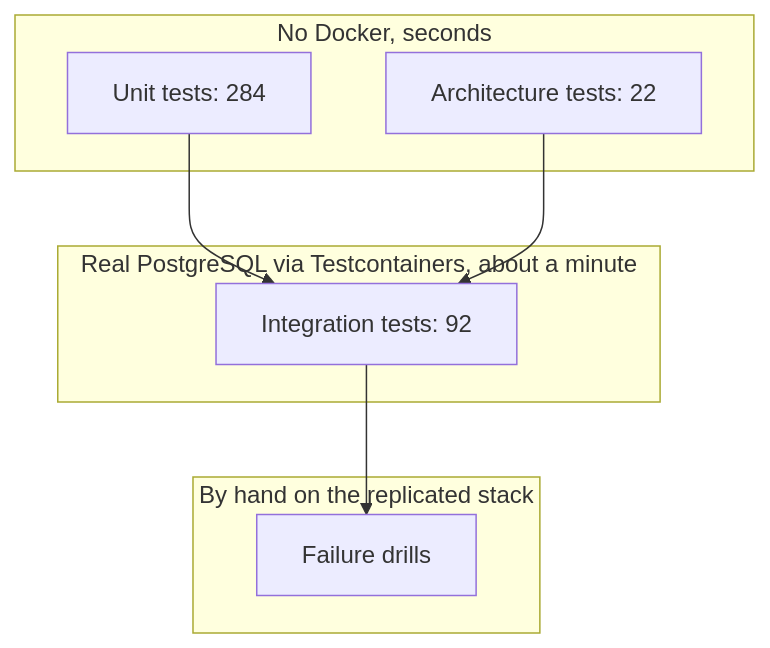
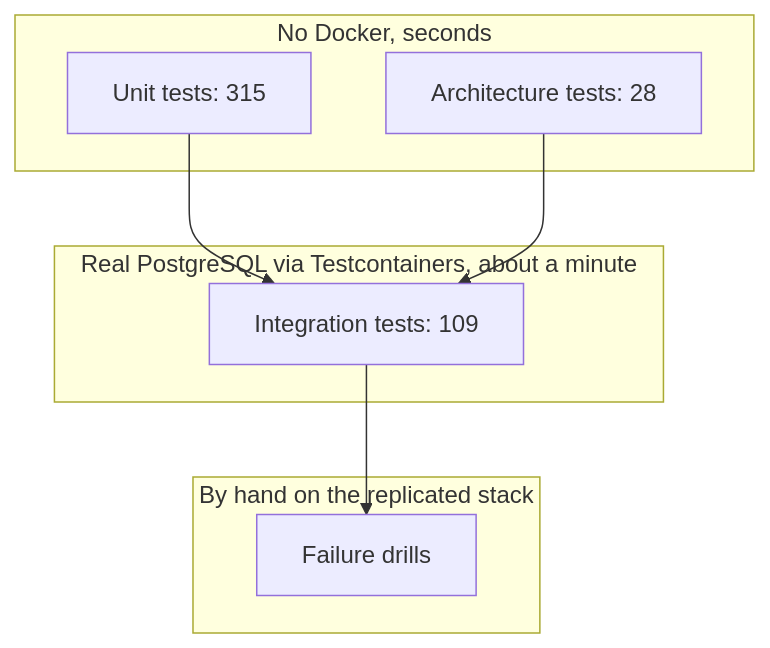
Before and after one commit to maysamgamini/crowdfundinghub: the diagram in tests/README.md, drawn with Mermaid. The commit also changed 31 other files, not shown here.

````diff
--- a/tests/README.md
+++ b/tests/README.md
@@ -8,16 +8,16 @@
 ```mermaid
 flowchart TB
     subgraph Fast["No Docker, seconds"]
-        U["Unit tests: 284"]
-        A["Architecture tests: 22"]
+        U["Unit tests: 315"]
+        A["Architecture tests: 28"]
     end
     subgraph Real["Real PostgreSQL via Testcontainers, about a minute"]
-        I["Integration tests: 92"]
+        I["Integration tests: 109"]
     end
     subgraph Hand["By hand on the replicated stack"]
         D["Failure drills"]
     end
     U --> I
     A --> I
     I --> D
 ```
````
